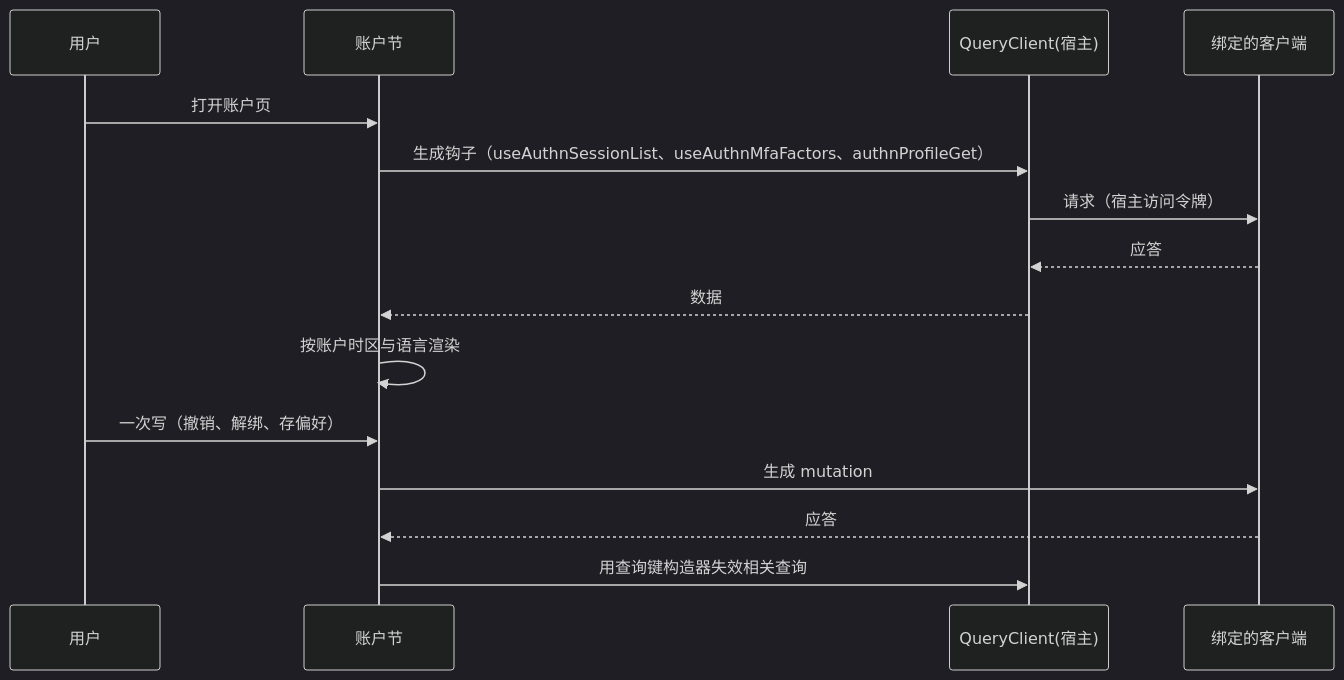
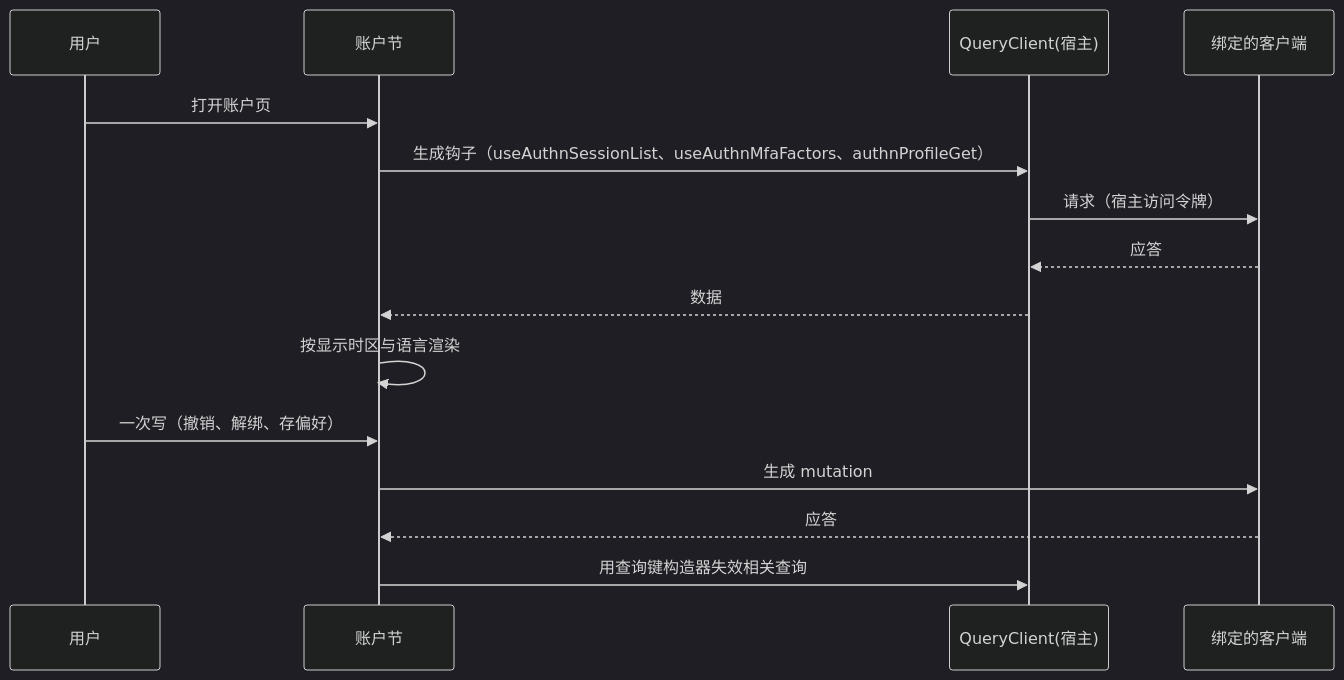
Before and after one commit to wangzw/speed: the diagram in docs/design/modules/web/design-web-account-ui.md, drawn with Mermaid (dark theme). The commit also changed other lines of this file and 102 other files, not shown here.

````diff
--- a/docs/design/modules/web/design-web-account-ui.md
+++ b/docs/design/modules/web/design-web-account-ui.md
@@ -168,17 +168,17 @@
 ```mermaid
 sequenceDiagram
     participant U as 用户
     participant S as 账户节
     participant Q as QueryClient(宿主)
     participant C as 绑定的客户端
     U->>S: 打开账户页
     S->>Q: 生成钩子（useAuthnSessionList、useAuthnMfaFactors、authnProfileGet）
     Q->>C: 请求（宿主访问令牌）
     C-->>Q: 应答
     Q-->>S: 数据
-    S->>S: 按账户时区与语言渲染
+    S->>S: 按显示时区与语言渲染
     U->>S: 一次写（撤销、解绑、存偏好）
     S->>C: 生成 mutation
     C-->>S: 应答
     S->>Q: 用查询键构造器失效相关查询
 ```
````
